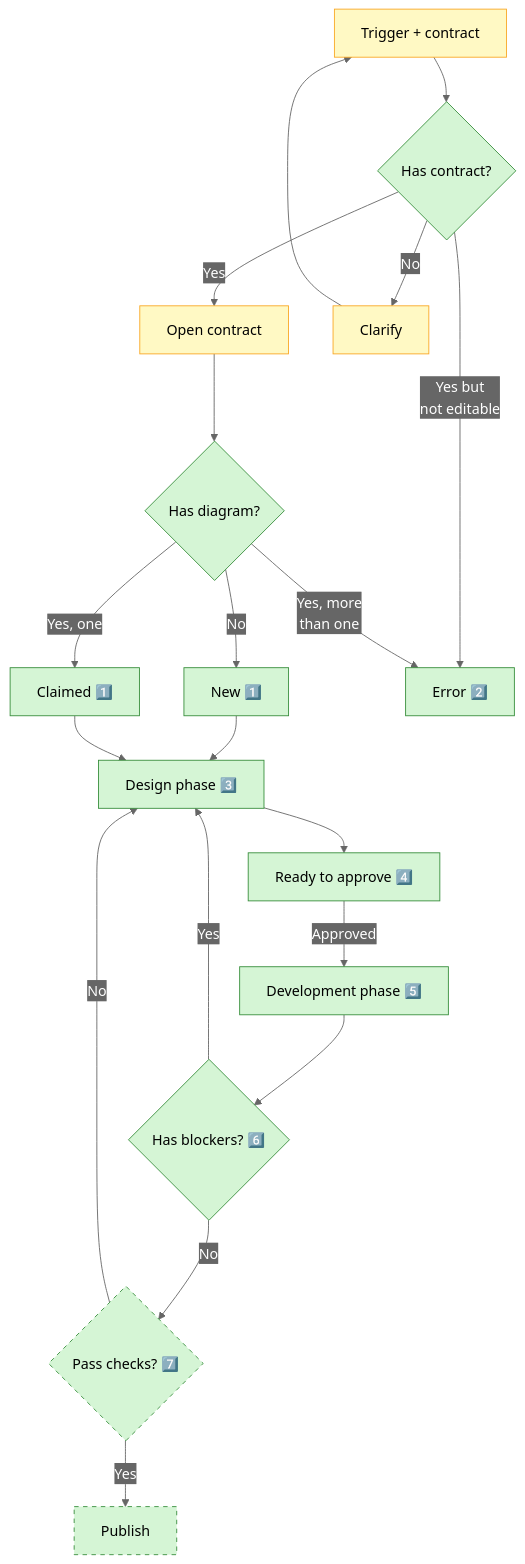
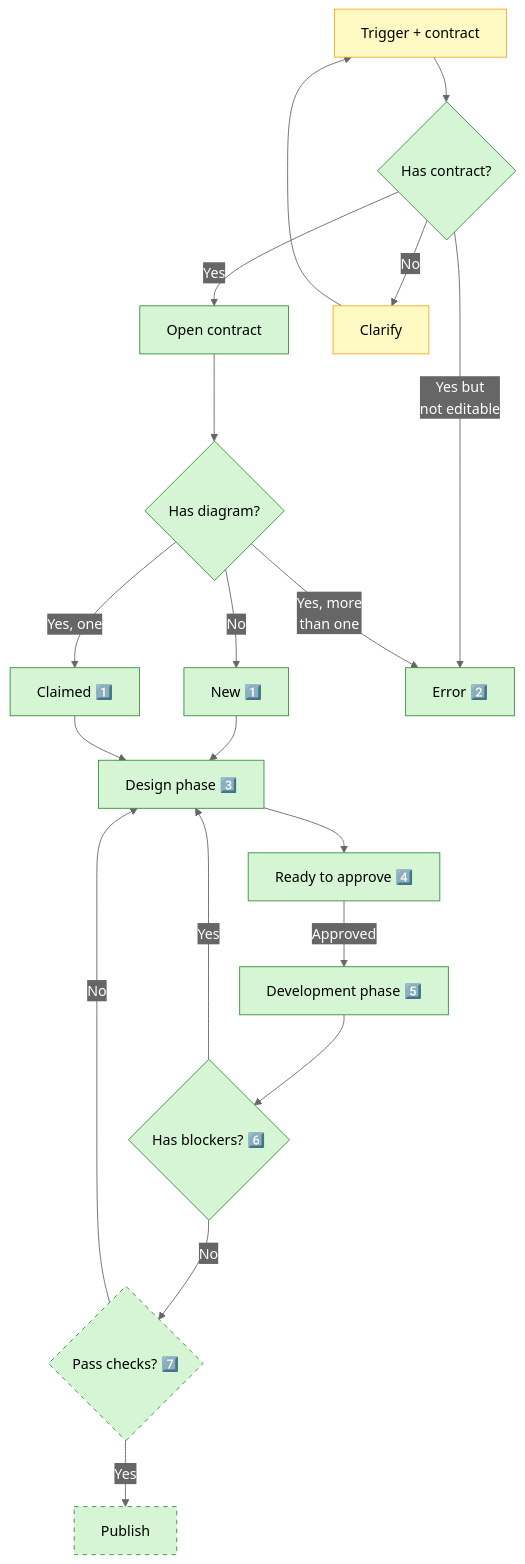
One commit to nonlinear/skills changed the diagram in contract-diagram/SKILL.md. Above: the diagram before and after it, drawn with Mermaid.

Commit message:
Mark OPEN as developed (markdown loading + rendering working)

````diff
--- a/contract-diagram/SKILL.md
+++ b/contract-diagram/SKILL.md
@@ -28,51 +28,51 @@
 ```mermaid
 %%{init: {'theme':'base','themeVariables':{"primaryColor":"#4A90E2","primaryTextColor":"#fff","primaryBorderColor":"#2E5C8A","lineColor":"#666","secondaryColor":"#50E3C2","tertiaryColor":"#FFD700","edgeLabelBackground":"#666"},'flowchart':{"nodeSpacing":50,"rankSpacing":50,"padding":15,"curve":"basis"}}}%%
 flowchart TD
     TRIGGER["Trigger + contract"]
     CHECK_CONTRACT{"Has contract?"}
     OPEN["Open contract"]
     CLARIFY["Clarify"]
     CHECK_DIAGRAM{"Has diagram?"}
     CREATE["New 1️⃣"]
     CLAIM["Claimed 1️⃣"]
     ERROR["Error 2️⃣"]
     
     DESIGN["Design phase 3️⃣"]
     SIGNOFF["Ready to approve 4️⃣"]
     DEVELOPMENT["Development phase 5️⃣"]
     BLOCKERS{"Has blockers? 6️⃣"}
     TESTS{"Pass checks? 7️⃣"}
     PUBLISH["Publish"]
     
     TRIGGER --> CHECK_CONTRACT
     CHECK_CONTRACT -->|Yes| OPEN
     CHECK_CONTRACT -->|Yes but<br/>not editable| ERROR
     CHECK_CONTRACT -->|No| CLARIFY
     CLARIFY --> TRIGGER
     
     OPEN --> CHECK_DIAGRAM
     CHECK_DIAGRAM -->|Yes, more<br/>than one| ERROR
     CHECK_DIAGRAM -->|Yes, one| CLAIM
     CHECK_DIAGRAM -->|No| CREATE
     
     CREATE --> DESIGN
     CLAIM --> DESIGN
     DESIGN --> SIGNOFF
     SIGNOFF -->|Approved| DEVELOPMENT
     DEVELOPMENT --> BLOCKERS
     BLOCKERS -->|Yes| DESIGN
     BLOCKERS -->|No| TESTS
     TESTS -->|Yes| PUBLISH
     TESTS -->|No| DESIGN
     
     classDef default fill:#e0e0e0,stroke:#666,color:#000
     classDef approved fill:#FFF9C4,stroke:#F9A825,color:#000
     classDef developed fill:#D5F5D5,stroke:#388E3C,color:#000
     classDef blocker fill:#FFCDD2,stroke:#D32F2F,color:#000
     classDef developed-notes fill:#E3F2FD,stroke:#1976D2,color:#000
     classDef outside-system fill:#D5F5D5,stroke:#388E3C,stroke-dasharray:5 5,color:#000
     
-    class TRIGGER,OPEN,CLARIFY approved
-    class CHECK_DIAGRAM,CREATE,CLAIM,ERROR,SIGNOFF,DESIGN,DEVELOPMENT,BLOCKERS,CHECK_CONTRACT developed
+    class TRIGGER,CLARIFY approved
+    class CHECK_DIAGRAM,CREATE,CLAIM,ERROR,SIGNOFF,DESIGN,DEVELOPMENT,BLOCKERS,CHECK_CONTRACT,OPEN developed
     class PUBLISH,TESTS outside-system
 ```
````
